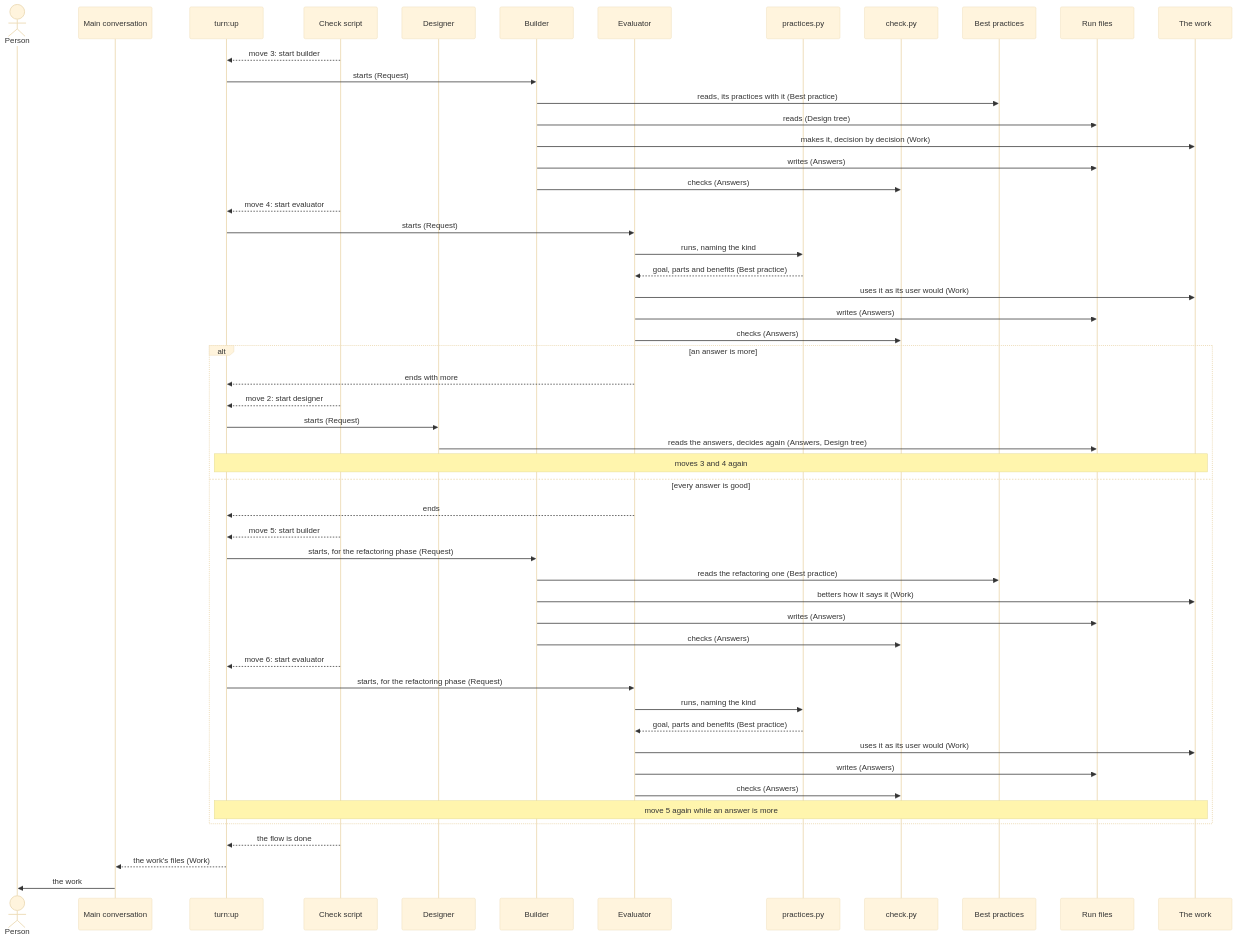
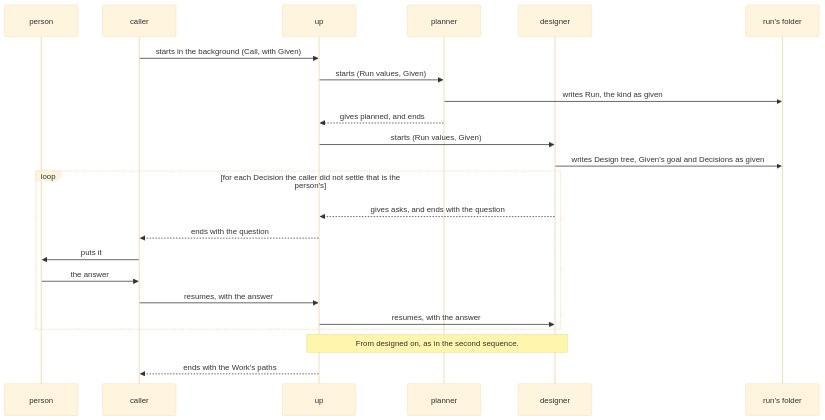
The sixth of 7 diagrams in dev/turn/architecture.md (lovaizu/ccpm), drawn with Mermaid (base theme) before and after one commit. The commit also changed other lines of this file and 2 other files, not shown here.

````diff
--- a/dev/turn/architecture.md
+++ b/dev/turn/architecture.md
@@ -305,55 +459,25 @@
 ```mermaid
 sequenceDiagram
-  actor P as Person
-  participant M as Main conversation
-  participant U as turn:up
-  participant L as Check script
-  participant D as Designer
-  participant B as Builder
-  participant E as Evaluator
-  participant S as practices.py
-  participant C as check.py
-  participant BP as Best practices
-  participant R as Run files
-  participant K as The work
-  L-->>U: move 3: start builder
-  U->>B: starts (Request)
-  B->>BP: reads, its practices with it (Best practice)
-  B->>R: reads (Design tree)
-  B->>K: makes it, decision by decision (Work)
-  B->>R: writes (Answers)
-  B->>C: checks (Answers)
-  L-->>U: move 4: start evaluator
-  U->>E: starts (Request)
-  E->>S: runs, naming the kind
-  S-->>E: goal, parts and benefits (Best practice)
-  E->>K: uses it as its user would (Work)
-  E->>R: writes (Answers)
-  E->>C: checks (Answers)
-  alt an answer is more
-    E-->>U: ends with more
-    L-->>U: move 2: start designer
-    U->>D: starts (Request)
-    D->>R: reads the answers, decides again (Answers, Design tree)
-    Note over U,K: moves 3 and 4 again
-  else every answer is good
-    E-->>U: ends
-    L-->>U: move 5: start builder
-    U->>B: starts, for the refactoring phase (Request)
-    B->>BP: reads the refactoring one (Best practice)
-    B->>K: betters how it says it (Work)
-    B->>R: writes (Answers)
-    B->>C: checks (Answers)
-    L-->>U: move 6: start evaluator
-    U->>E: starts, for the refactoring phase (Request)
-    E->>S: runs, naming the kind
-    S-->>E: goal, parts and benefits (Best practice)
-    E->>K: uses it as its user would (Work)
-    E->>R: writes (Answers)
-    E->>C: checks (Answers)
-    Note over U,K: move 5 again while an answer is more
+  participant P as person
+  participant N as caller
+  participant U as up
+  participant PL as planner
+  participant D as designer
+  participant F as run's folder
+  N->>U: starts in the background (Call, with Given)
+  U->>PL: starts (Run values, Given)
+  PL->>F: writes Run, the kind as given
+  PL-->>U: gives planned, and ends
+  U->>D: starts (Run values, Given)
+  D->>F: writes Design tree, Given's goal and Decisions as given
+  loop for each Decision the caller did not settle that is the person's
+    D-->>U: gives asks, and ends with the question
+    U-->>N: ends with the question
+    N->>P: puts it
+    P->>N: the answer
+    N->>U: resumes, with the answer
+    U->>D: resumes, with the answer
   end
-  L-->>U: the flow is done
-  U-->>M: the work's files (Work)
-  M->>P: the work
+  Note over U,D: From designed on, as in the second sequence.
+  U-->>N: ends with the Work's paths
 ```
````
